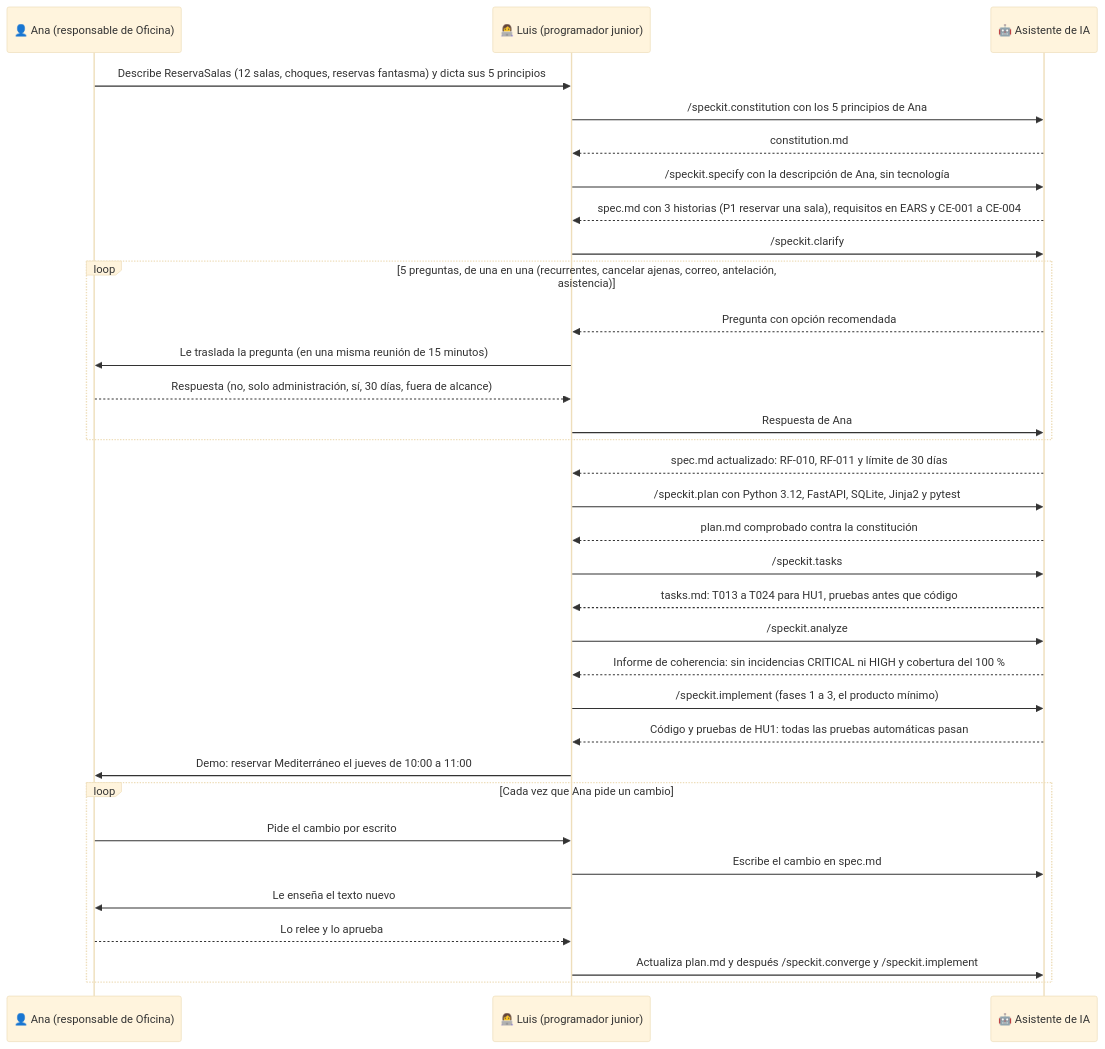
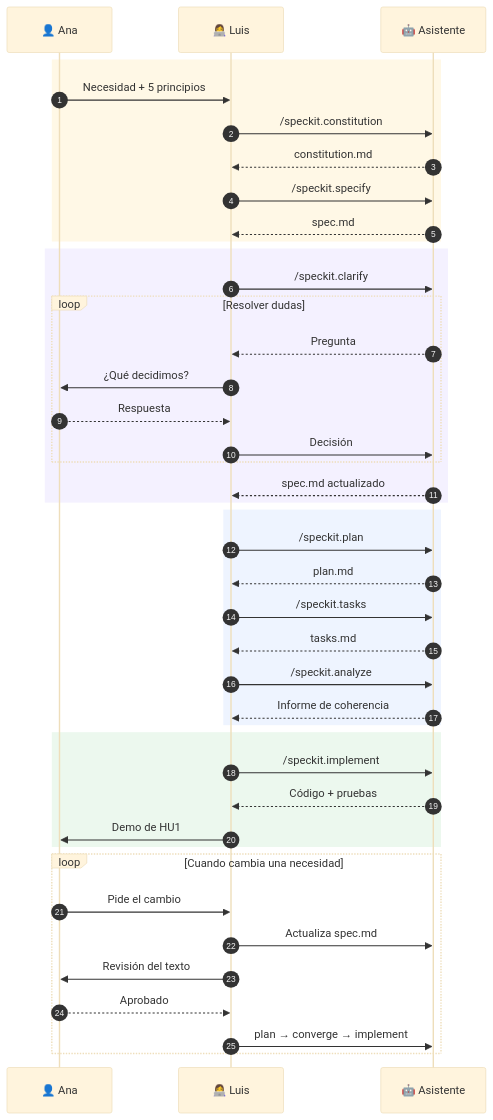
One commit to antroc/charla-sdd changed the second of 2 diagrams in diagramas/02-flujo-completo-sdd.md. Above: the diagram before and after it, drawn with Mermaid (base theme). The commit also changed other lines of this file and 5 other files, not shown here.

Commit message:
Mejorar visualmente los diagramas Mermaid

````diff
--- a/diagramas/02-flujo-completo-sdd.md
+++ b/diagramas/02-flujo-completo-sdd.md
@@ -81,35 +106,49 @@
 ```mermaid
 sequenceDiagram
-  participant Ana as 👤 Ana (responsable de Oficina)
-  participant Luis as 👩‍💻 Luis (programador junior)
-  participant IA as 🤖 Asistente de IA
-  Ana->>Luis: Describe ReservaSalas (12 salas, choques, reservas fantasma) y dicta sus 5 principios
-  Luis->>IA: /speckit.constitution con los 5 principios de Ana
-  IA-->>Luis: constitution.md
-  Luis->>IA: /speckit.specify con la descripción de Ana, sin tecnología
-  IA-->>Luis: spec.md con 3 historias (P1 reservar una sala), requisitos en EARS y CE-001 a CE-004
-  Luis->>IA: /speckit.clarify
-  loop 5 preguntas, de una en una (recurrentes, cancelar ajenas, correo, antelación, asistencia)
-    IA-->>Luis: Pregunta con opción recomendada
-    Luis->>Ana: Le traslada la pregunta (en una misma reunión de 15 minutos)
-    Ana-->>Luis: Respuesta (no, solo administración, sí, 30 días, fuera de alcance)
-    Luis->>IA: Respuesta de Ana
+  autonumber
+  participant Ana as 👤 Ana
+  participant Luis as 👩‍💻 Luis
+  participant IA as 🤖 Asistente
+
+  rect rgb(255,248,230)
+    Ana->>Luis: Necesidad + 5 principios
+    Luis->>IA: /speckit.constitution
+    IA-->>Luis: constitution.md
+    Luis->>IA: /speckit.specify
+    IA-->>Luis: spec.md
   end
-  IA-->>Luis: spec.md actualizado: RF-010, RF-011 y límite de 30 días
-  Luis->>IA: /speckit.plan con Python 3.12, FastAPI, SQLite, Jinja2 y pytest
-  IA-->>Luis: plan.md comprobado contra la constitución
-  Luis->>IA: /speckit.tasks
-  IA-->>Luis: tasks.md: T013 a T024 para HU1, pruebas antes que código
-  Luis->>IA: /speckit.analyze
-  IA-->>Luis: Informe de coherencia: sin incidencias CRITICAL ni HIGH y cobertura del 100 %
-  Luis->>IA: /speckit.implement (fases 1 a 3, el producto mínimo)
-  IA-->>Luis: Código y pruebas de HU1: todas las pruebas automáticas pasan
-  Luis->>Ana: Demo: reservar Mediterráneo el jueves de 10:00 a 11:00
-  loop Cada vez que Ana pide un cambio
-    Ana->>Luis: Pide el cambio por escrito
-    Luis->>IA: Escribe el cambio en spec.md
-    Luis->>Ana: Le enseña el texto nuevo
-    Ana-->>Luis: Lo relee y lo aprueba
-    Luis->>IA: Actualiza plan.md y después /speckit.converge y /speckit.implement
+
+  rect rgb(244,241,255)
+    Luis->>IA: /speckit.clarify
+    loop Resolver dudas
+      IA-->>Luis: Pregunta
+      Luis->>Ana: ¿Qué decidimos?
+      Ana-->>Luis: Respuesta
+      Luis->>IA: Decisión
+    end
+    IA-->>Luis: spec.md actualizado
+  end
+
+  rect rgb(238,244,255)
+    Luis->>IA: /speckit.plan
+    IA-->>Luis: plan.md
+    Luis->>IA: /speckit.tasks
+    IA-->>Luis: tasks.md
+    Luis->>IA: /speckit.analyze
+    IA-->>Luis: Informe de coherencia
+  end
+
+  rect rgb(236,248,238)
+    Luis->>IA: /speckit.implement
+    IA-->>Luis: Código + pruebas
+    Luis->>Ana: Demo de HU1
+  end
+
+  loop Cuando cambia una necesidad
+    Ana->>Luis: Pide el cambio
+    Luis->>IA: Actualiza spec.md
+    Luis->>Ana: Revisión del texto
+    Ana-->>Luis: Aprobado
+    Luis->>IA: plan → converge → implement
   end
 ```
````
